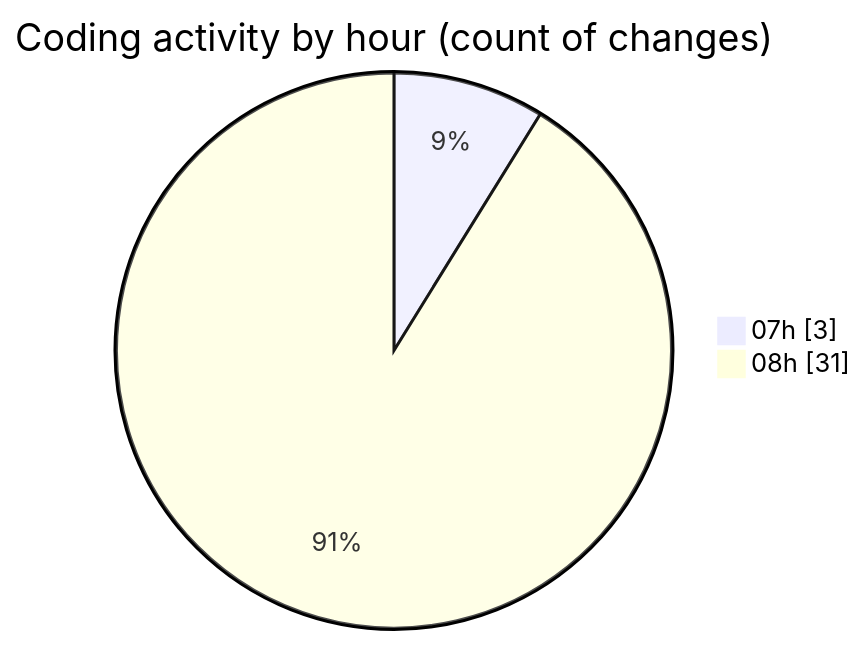
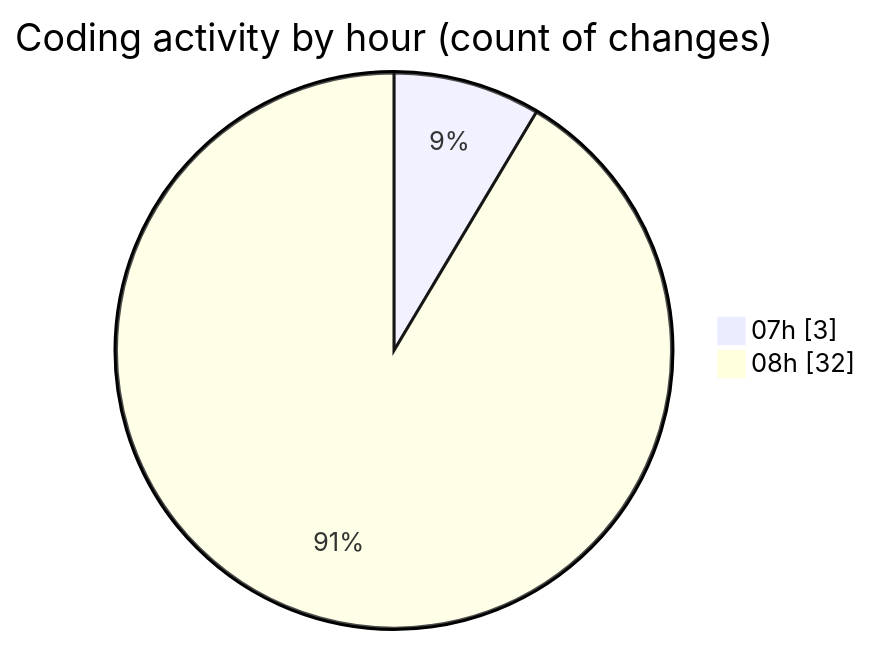
The second of 2 diagrams in 2025-07-10/toolsopenemalpass/README.md (lephambinh05/code-tracking), drawn with Mermaid before and after one commit. The commit also changed other lines of this file and 1 other file, not shown here.

````diff
--- a/2025-07-10/toolsopenemalpass/README.md
+++ b/2025-07-10/toolsopenemalpass/README.md
@@ -49,6 +49,6 @@
 ```mermaid
 pie showData
 title Coding activity by hour (count of changes)
 "07h" : 3
-"08h" : 31
+"08h" : 32
 ```
````
